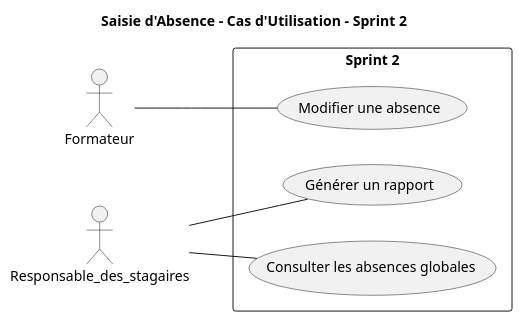
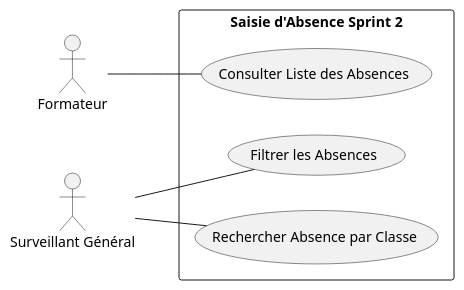
The diagram in Branche_fonctionnelle/Use_Cases/UseCases_Sprint_2.plantuml (DevZakariaAz/Projet_fil_rouge_v1), drawn with PlantUML before and after one commit. The commit also changed 28 other files, not shown here.

```diff
--- a/Branche_fonctionnelle/Use_Cases/UseCases_Sprint_2.plantuml
+++ b/Branche_fonctionnelle/Use_Cases/UseCases_Sprint_2.plantuml
@@ -1,18 +1,17 @@
 @startuml
-title Saisie d'Absence - Cas d'Utilisation - Sprint 2
 left to right direction
 
-actor Formateur as U
-actor Responsable_des_stagaires as A
+actor "Formateur" as F
+actor "Surveillant Général" as SG
 
-rectangle "Sprint 2" {
-    usecase UC3 as "Modifier une absence"
-    usecase UC4 as "Générer un rapport"
-    usecase UC5 as "Consulter les absences globales"
+rectangle "Saisie d'Absence Sprint 2" {
+    usecase UC1 as "Consulter Liste des Absences"
+    usecase UC2 as "Filtrer les Absences"
+    usecase UC3 as "Rechercher Absence par Classe"
 }
 
-U -- UC3 
-A -- UC5 
-A -- UC4 
+F -- UC1 
+SG -- UC2 
+SG -- UC3 
 
 @enduml
```
